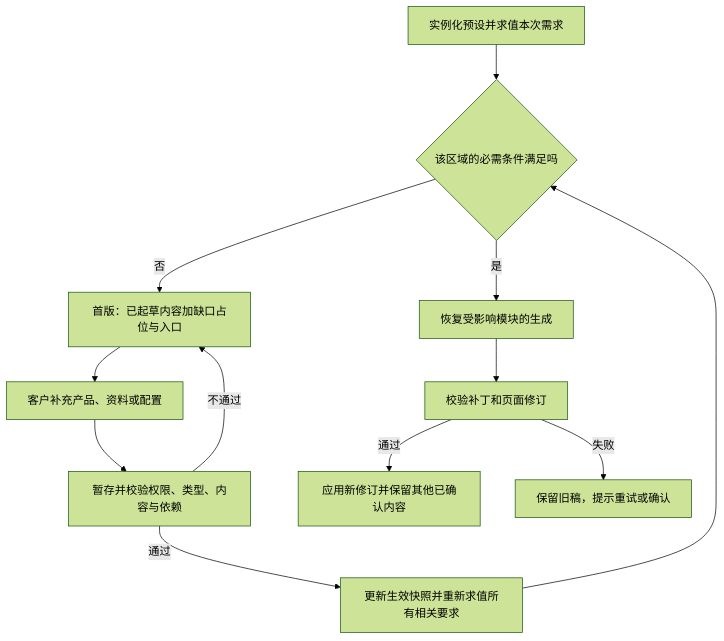
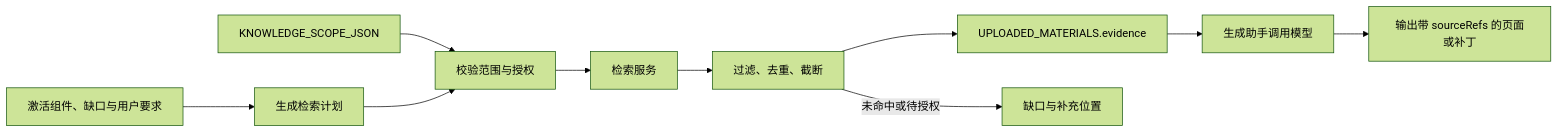
One commit to ce-bj/growth-engine changed the second of 2 diagrams in marketing-frontend/docs/落地页提示词设计.md. Above: the diagram before and after it, drawn with Mermaid (forest theme). The commit also changed other lines of this file and 22 other files, not shown here.

````diff
--- a/marketing-frontend/docs/落地页提示词设计.md
+++ b/marketing-frontend/docs/落地页提示词设计.md
@@ -1364,14 +861,12 @@
 ```mermaid
-flowchart TD
-    A[实例化预设并求值本次需求] --> B{该区域的必需条件满足吗}
-    B -->|否| C[首版：已起草内容加缺口占位与入口]
-    C --> D[客户补充产品、资料或配置]
-    D --> E[暂存并校验权限、类型、内容与依赖]
-    E -->|不通过| C
-    E -->|通过| F[更新生效快照并重新求值所有相关要求]
-    F --> B
-    B -->|是| G[恢复受影响模块的生成]
-    G --> H[校验补丁和页面修订]
-    H -->|通过| I[应用新修订并保留其他已确认内容]
-    H -->|失败| J[保留旧稿，提示重试或确认]
+flowchart LR
+    A[激活组件、缺口与用户要求] --> B[生成检索计划]
+    S[KNOWLEDGE_SCOPE_JSON] --> C[校验范围与授权]
+    B --> C
+    C --> D[检索服务]
+    D --> E[过滤、去重、截断]
+    E --> F[UPLOADED_MATERIALS.evidence]
+    E -->|未命中或待授权| G[缺口与补充位置]
+    F --> H[生成助手调用模型]
+    H --> I[输出带 sourceRefs 的页面或补丁]
 ```
````
